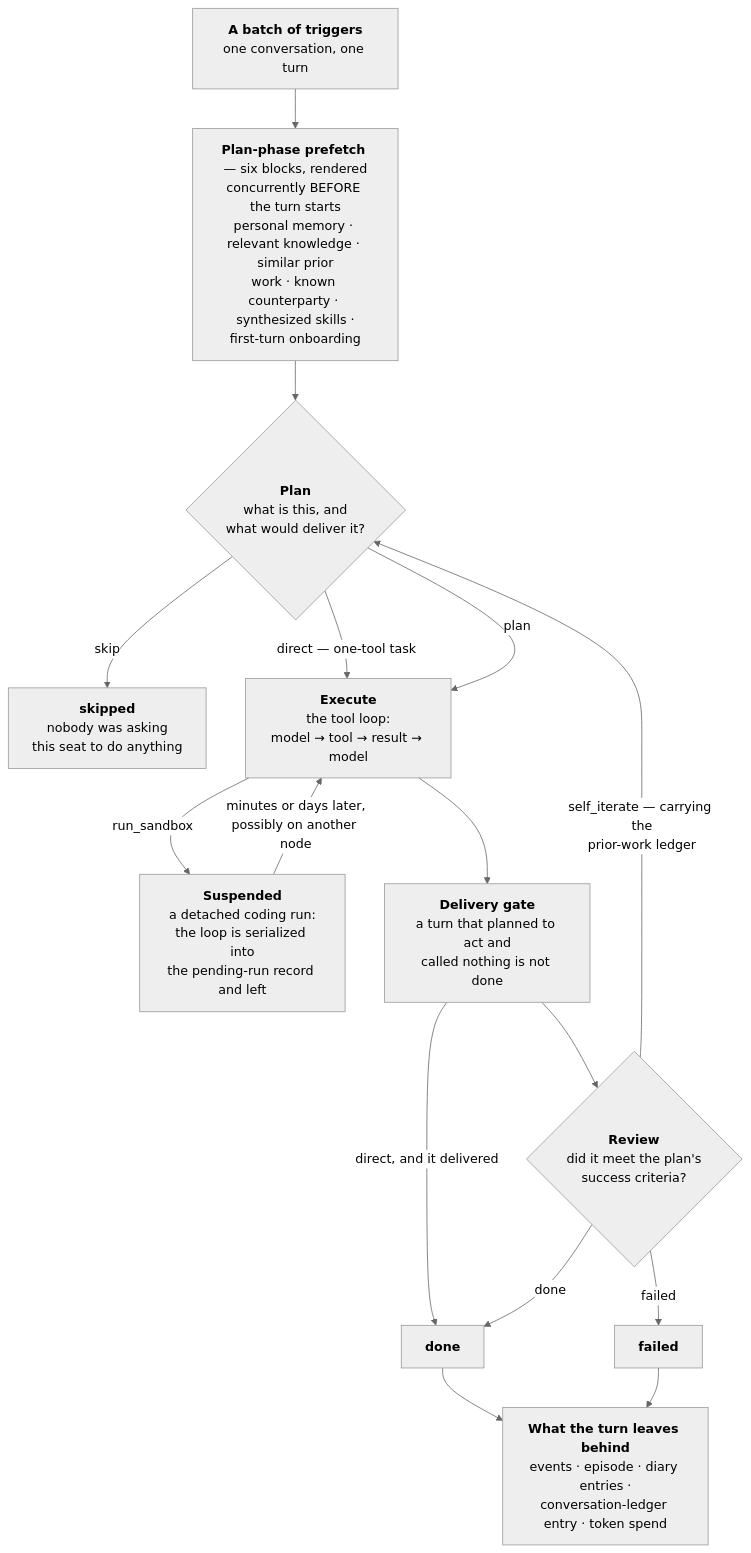
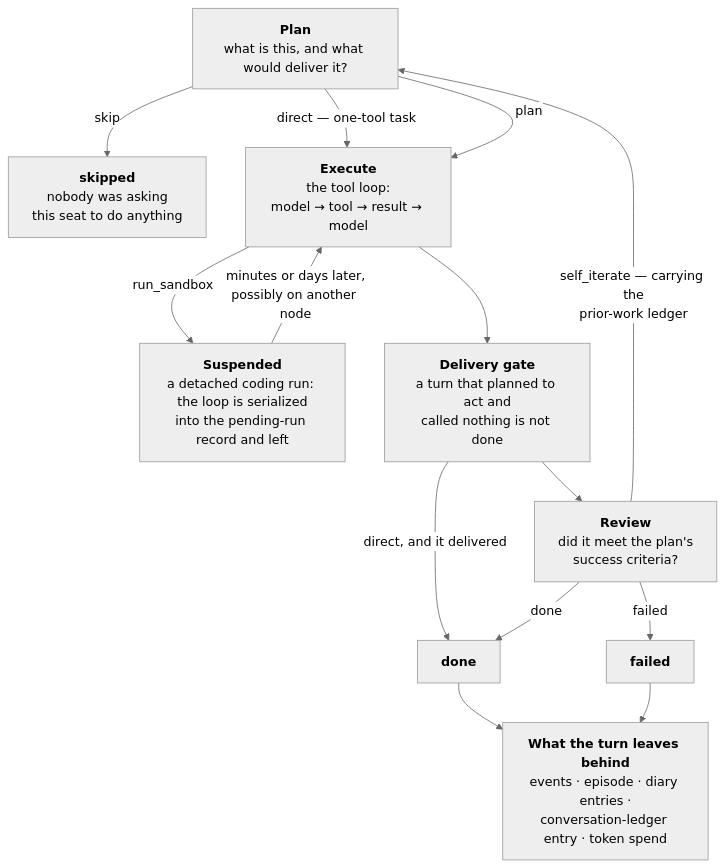
One commit to crewlet/crewlet changed the eighth of 10 diagrams in docs/concepts/architecture.md. Above: the diagram before and after it, drawn with Mermaid (neutral theme). The commit also changed other lines of this file, not shown here.

````diff
--- a/docs/concepts/architecture.md
+++ b/docs/concepts/architecture.md
@@ -328,29 +389,26 @@
 ```mermaid
 flowchart TB
-    IN["<b>A batch of triggers</b><br/>one conversation, one turn"]
-    PRE["<b>Plan-phase prefetch</b> — six blocks, rendered<br/>concurrently BEFORE the turn starts<br/>personal memory · relevant knowledge · similar prior<br/>work · known counterparty · synthesized skills ·<br/>first-turn onboarding"]
-    PLAN{"<b>Plan</b><br/>what is this, and<br/>what would deliver it?"}
+    PLAN["<b>Plan</b><br/>what is this, and what would deliver it?"]
     SKIP["<b>skipped</b><br/>nobody was asking<br/>this seat to do anything"]
     EXEC["<b>Execute</b><br/>the tool loop:<br/>model → tool → result → model"]
-    SUSP["<b>Suspended</b><br/>a detached coding run:<br/>the loop is serialized into<br/>the pending-run record and left"]
-    REV{"<b>Review</b><br/>did it meet the plan's<br/>success criteria?"}
+    SUSP["<b>Suspended</b><br/>a detached coding run: the loop is serialized<br/>into the pending-run record and left"]
+    REV["<b>Review</b><br/>did it meet the plan's<br/>success criteria?"]
     GATE["<b>Delivery gate</b><br/>a turn that planned to act and<br/>called nothing is not done"]
     DONE["<b>done</b>"]
     FAIL["<b>failed</b>"]
     AFTER["<b>What the turn leaves behind</b><br/>events · episode · diary entries ·<br/>conversation-ledger entry · token spend"]
 
-    IN --> PRE --> PLAN
     PLAN -->|skip| SKIP
     PLAN -->|"direct — one-tool task"| EXEC
     PLAN -->|plan| EXEC
     EXEC -->|run_sandbox| SUSP
     SUSP -->|"minutes or days later,<br/>possibly on another node"| EXEC
     EXEC --> GATE
     GATE -->|"direct, and it delivered"| DONE
     GATE --> REV
     REV -->|done| DONE
     REV -->|"self_iterate — carrying the<br/>prior-work ledger"| PLAN
     REV -->|failed| FAIL
     DONE --> AFTER
     FAIL --> AFTER
 ```
````
